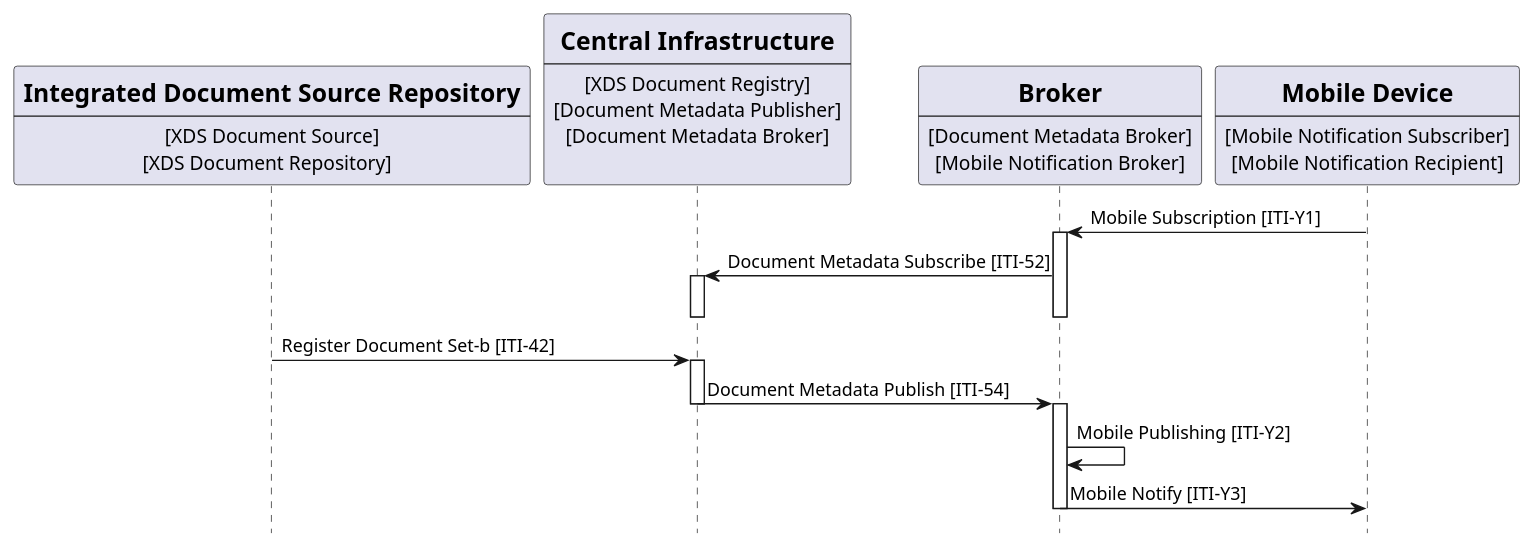
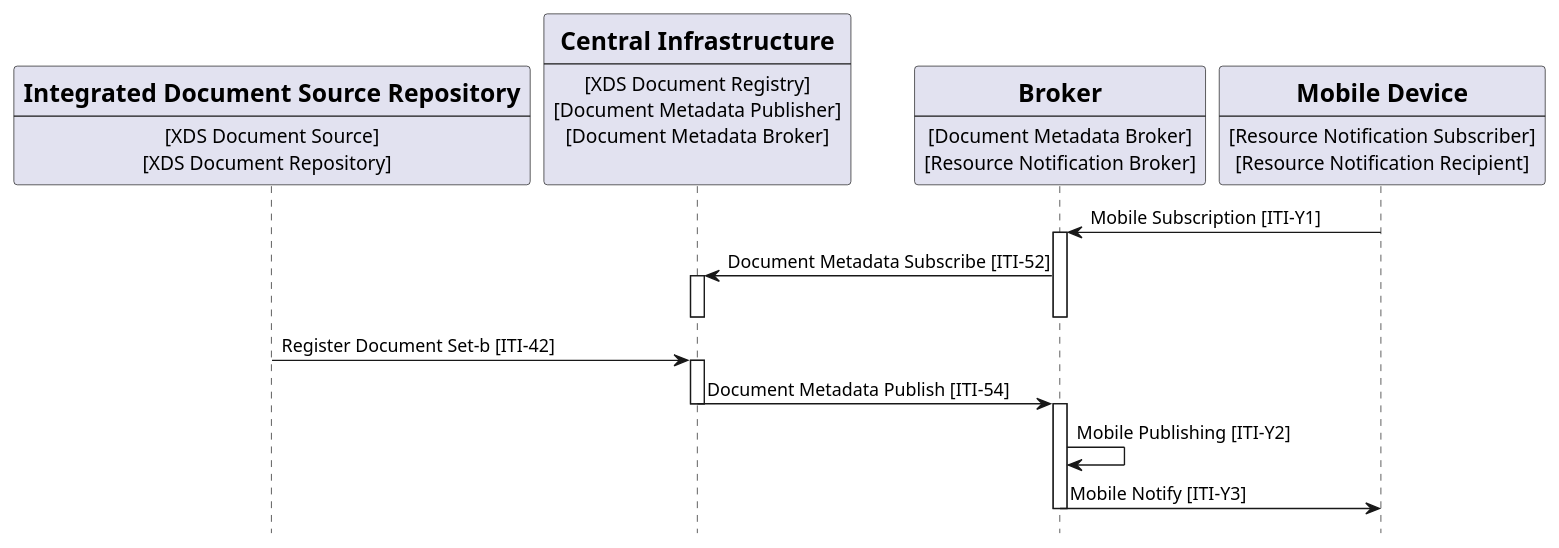
The diagram in input/images-source/usecase6-processflow.plantuml (IHE/ITI.DSUBm), drawn with PlantUML before and after one commit. The commit also changed 9 other files, not shown here.

```diff
--- a/input/images-source/usecase6-processflow.plantuml
+++ b/input/images-source/usecase6-processflow.plantuml
@@ -1,54 +1,54 @@
 @startuml
 skinparam svgDimensionStyle false
 hide footbox
-/'title "Subscription with DSUBm abstract process flow" '/
+/'title "Document Subscription Update" '/
 
 participant Repository [
     =Integrated Document Source Repository
     ----
     [XDS Document Source]
     [XDS Document Repository]  
 ] 
 
 participant Central [
     =Central Infrastructure
     ----
     [XDS Document Registry]
     [Document Metadata Publisher]
     [Document Metadata Broker]
     
 ] 
 
 participant Broker [
     =Broker
     ----
     [Document Metadata Broker]
-    [Mobile Notification Broker]
+    [Resource Notification Broker]
     ] 
 
 participant MobDevice [
     =Mobile Device
     ----
-    [Mobile Notification Subscriber]
-    [Mobile Notification Recipient]
+    [Resource Notification Subscriber]
+    [Resource Notification Recipient]
 ] 
 
 MobDevice -> Broker: Mobile Subscription [ITI-Y1]
 activate Broker
 Broker -> Central: Document Metadata Subscribe [ITI-52]
 activate Central
 deactivate Central
 deactivate Broker
 
 Repository -> Central: Register Document Set-b [ITI-42]
 activate Central
 
 Central -> Broker: Document Metadata Publish [ITI-54]
 deactivate Central
 activate Broker
 Broker -> Broker: Mobile Publishing [ITI-Y2]
 Broker -> MobDevice: Mobile Notify [ITI-Y3]
 deactivate Broker
 
 
 @enduml
```
